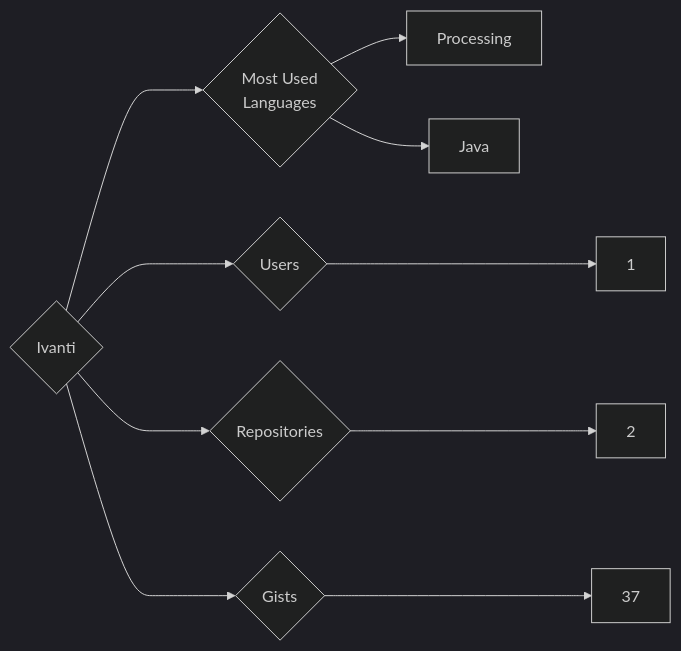
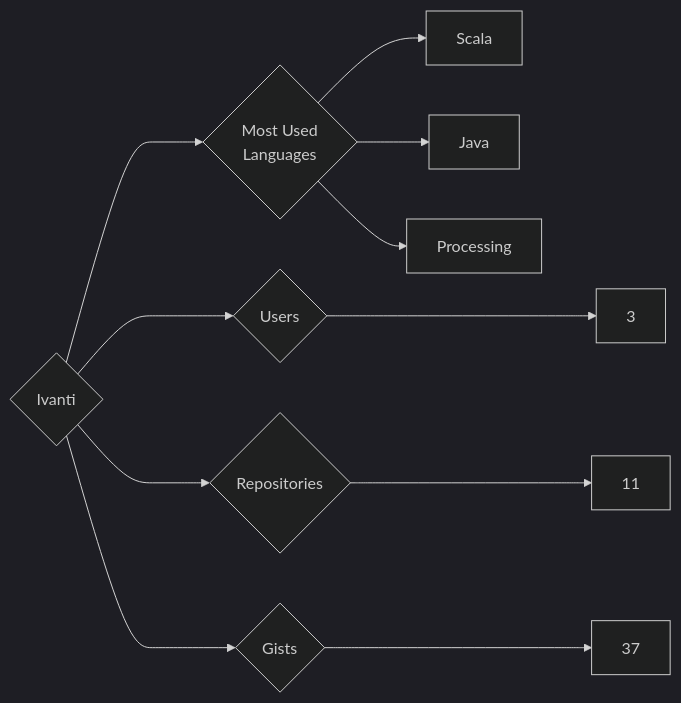
One commit to trickest/insiders changed the diagram in targets/Ivanti/README.md. Above: the diagram before and after it, drawn with Mermaid (dark theme). The commit also changed 859 other files, not shown here.

````diff
--- a/targets/Ivanti/README.md
+++ b/targets/Ivanti/README.md
@@ -3,10 +3,11 @@
 ```mermaid
 graph LR
 COMPANY_NAME{Ivanti}
-COMPANY_NAME ---> U{Users} ---> UN[1]
-COMPANY_NAME ---> R{Repositories} ---> RN[2]
+COMPANY_NAME ---> U{Users} ---> UN[3]
+COMPANY_NAME ---> R{Repositories} ---> RN[11]
 COMPANY_NAME ---> G{Gists} ---> GN[37]
 COMPANY_NAME ---> ML{Most Used<br>Languages}
+ML --> Scala[Scala]
+ML --> Java[Java]
 ML --> Processing[Processing]
-ML --> Java[Java]
 ```
````
